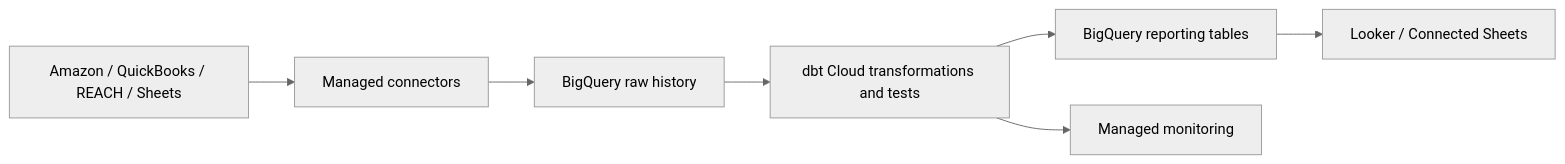
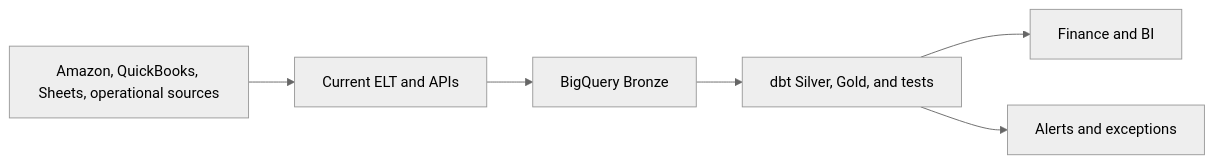
One commit to rubenatello/luminize-assessment changed the first of 2 diagrams in docs/architecture_options.md. Above: the diagram before and after it, drawn with Mermaid (neutral theme). The commit also changed other lines of this file and 5 other files, not shown here.

Commit message:
Align architecture with BigQuery and dbt

````diff
--- a/docs/architecture_options.md
+++ b/docs/architecture_options.md
@@ -26,9 +7,8 @@
 ```mermaid
 flowchart LR
-    S[Amazon / QuickBooks / REACH / Sheets] --> E[Managed connectors]
-    E --> B[BigQuery raw history]
-    B --> D[dbt Cloud transformations and tests]
-    D --> M[BigQuery reporting tables]
-    M --> L[Looker / Connected Sheets]
-    D --> O[Managed monitoring]
+    S["Amazon, QuickBooks, Sheets, operational sources"] --> E["Current ELT and APIs"]
+    E --> B["BigQuery Bronze"]
+    B --> D["dbt Silver, Gold, and tests"]
+    D --> M["Finance and BI"]
+    D --> A["Alerts and exceptions"]
 ```
````
